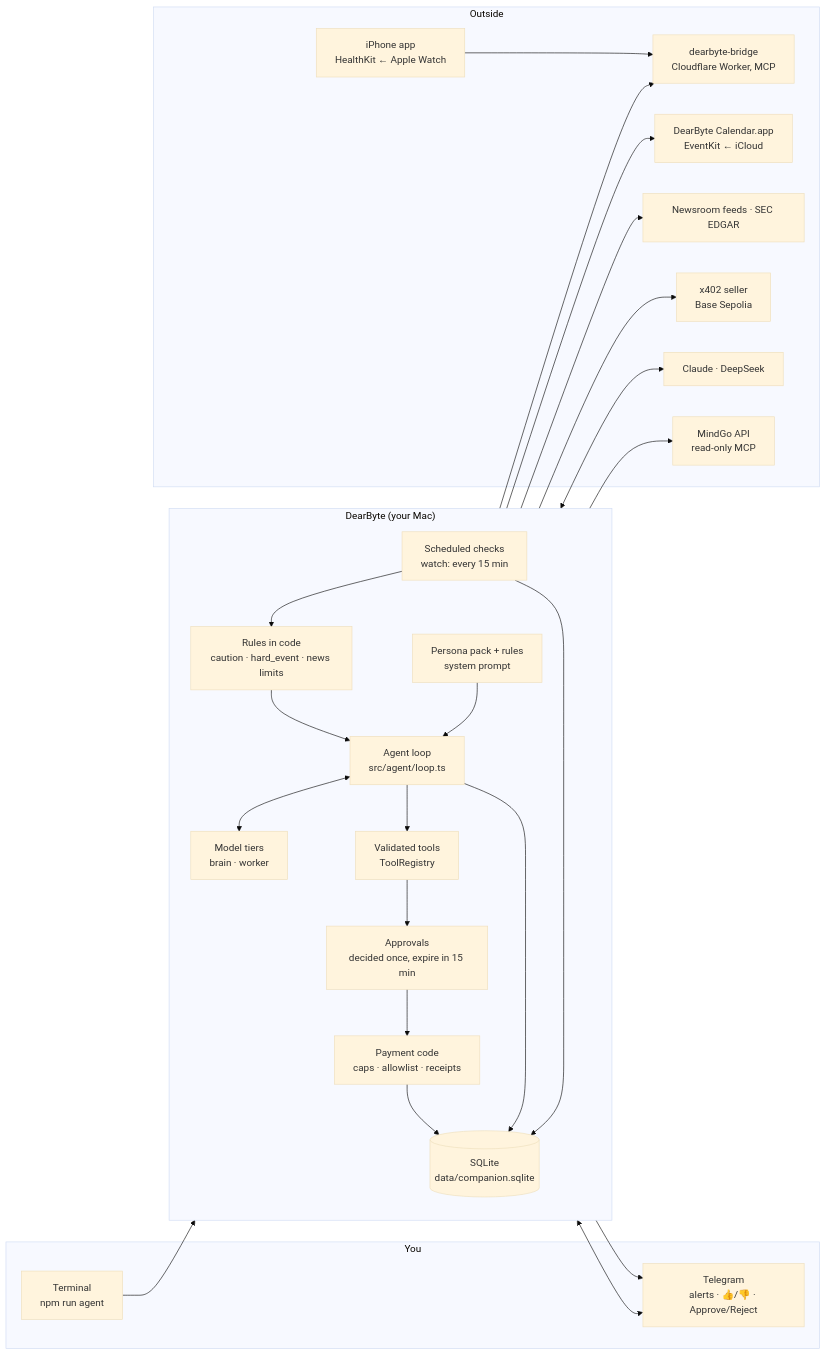
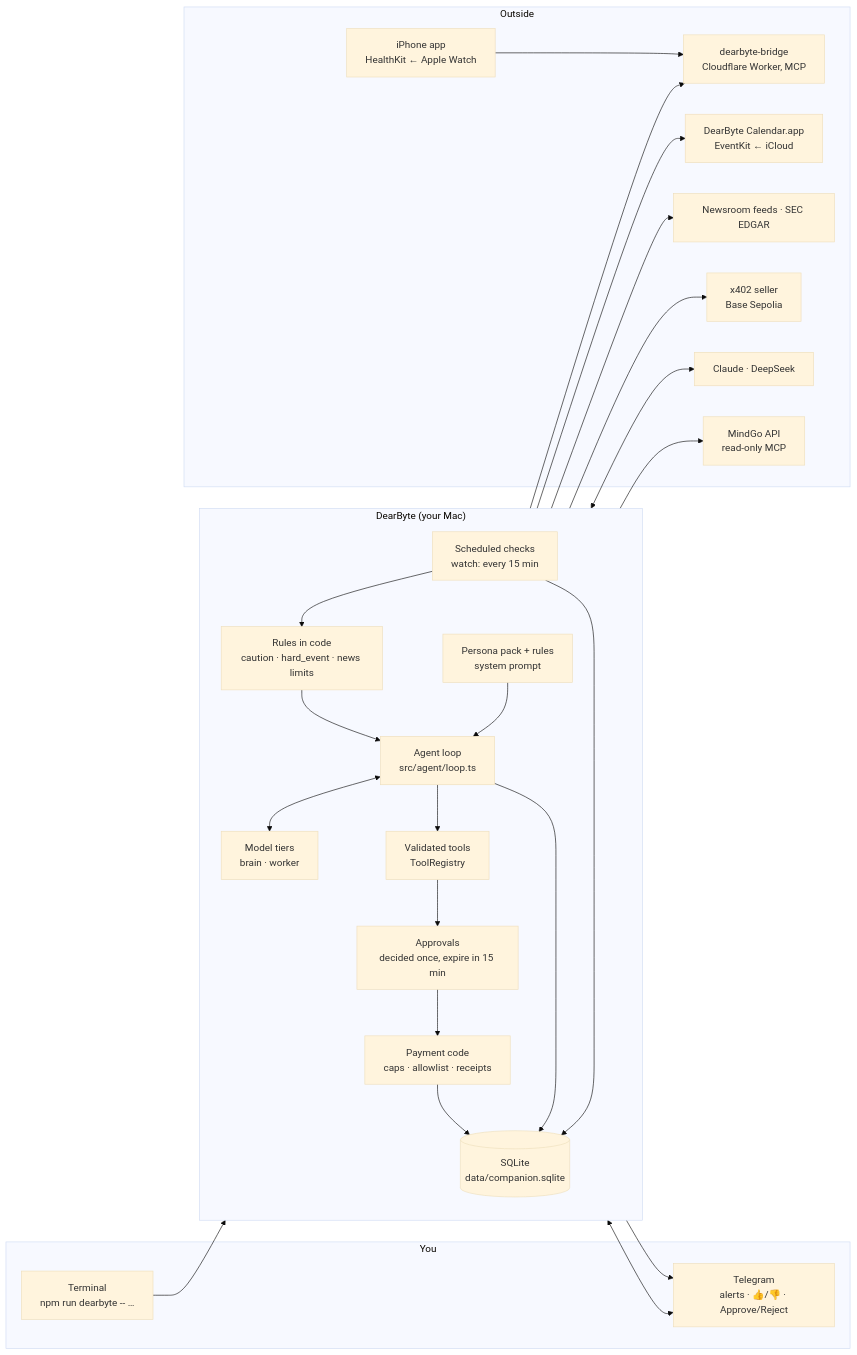
Before and after one commit to dearbyte-labs/DearByte: the diagram in docs/architecture.md, drawn with Mermaid (base theme). The commit also changed other lines of this file and 17 other files, not shown here.

First line of the commit message:
One command for everything: npm run dearbyte -- <command>

````diff
--- a/docs/architecture.md
+++ b/docs/architecture.md
@@ -11,47 +11,47 @@
 ```mermaid
 flowchart LR
   subgraph You
-    CLI[Terminal<br/>npm run agent]
+    CLI[Terminal<br/>npm run dearbyte -- …]
     TG[Telegram<br/>alerts · 👍/👎 · Approve/Reject]
   end
 
   subgraph DearByte["DearByte (your Mac)"]
     direction TB
     Loop[Agent loop<br/>src/agent/loop.ts]
     Tiers[Model tiers<br/>brain · worker]
     Tools[Validated tools<br/>ToolRegistry]
     Sched[Scheduled checks<br/>watch: every 15 min]
     Rules[Rules in code<br/>caution · hard_event · news limits]
     Appr[Approvals<br/>decided once, expire in 15 min]
     Pay[Payment code<br/>caps · allowlist · receipts]
     Store[(SQLite<br/>data/companion.sqlite)]
     Persona[Persona pack + rules<br/>system prompt]
   end
 
   subgraph Outside
     Bridge[dearbyte-bridge<br/>Cloudflare Worker, MCP]
     Phone[iPhone app<br/>HealthKit ← Apple Watch]
     Cal[DearByte Calendar.app<br/>EventKit ← iCloud]
     News[Newsroom feeds · SEC EDGAR]
     Seller[x402 seller<br/>Base Sepolia]
     LLM[Claude · DeepSeek]
     MindGo[MindGo API<br/>read-only MCP]
   end
 
   CLI --> Loop
   TG <--> Appr
   Sched --> Rules --> Loop
   Loop <--> Tiers <--> LLM
   Persona --> Loop
   Loop --> Tools
   Tools --> Bridge
   Phone --> Bridge
   Tools --> Cal
   Tools --> News
   Tools --> Appr --> Pay --> Seller
   Tools --> MindGo
   Loop --> Store
   Sched --> Store
   Pay --> Store
   Sched --> TG
 ```
````
